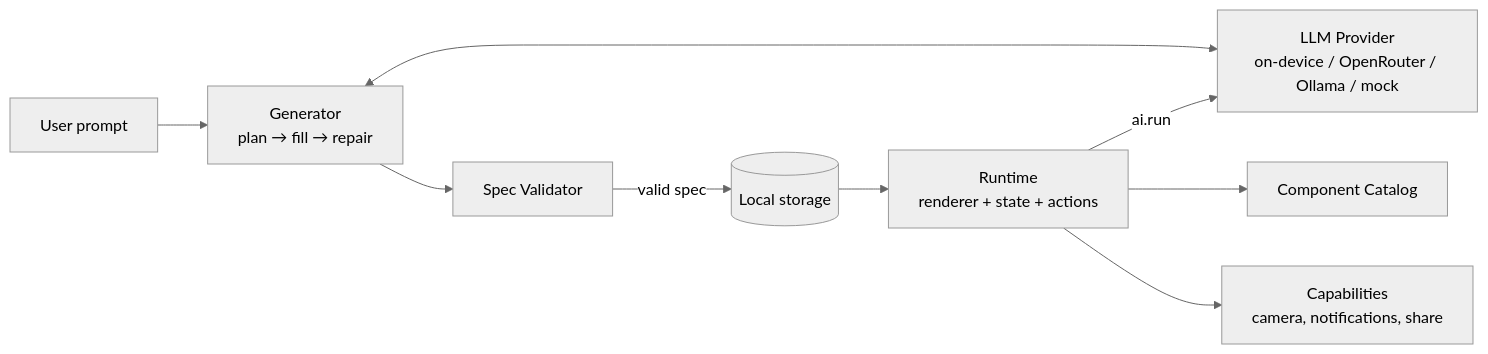
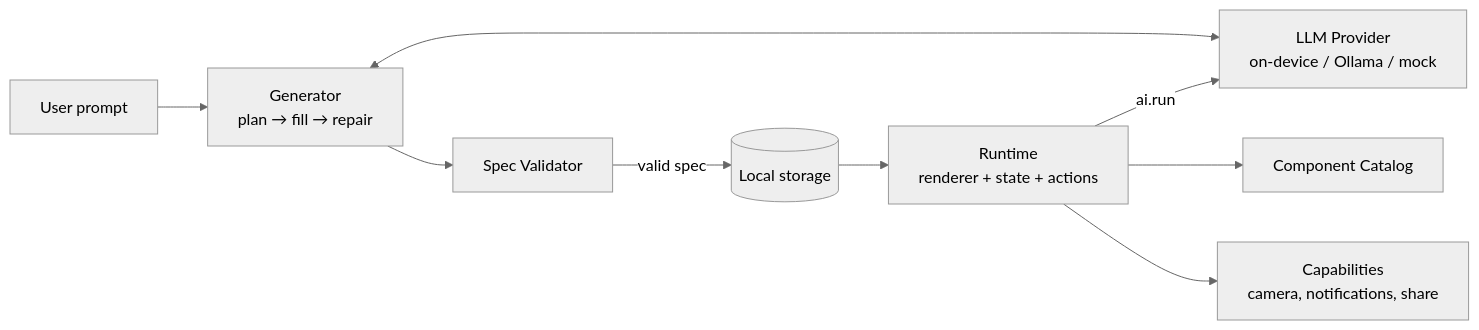
Before and after one commit to ru-das/jackapp: the first of 2 diagrams in docs/ARCHITECTURE.md, drawn with Mermaid (neutral theme). The commit also changed other lines of this file and 25 other files, not shown here.

First line of the commit message:
feat(ai): remove OpenRouter support [T-132]

````diff
--- a/docs/ARCHITECTURE.md
+++ b/docs/ARCHITECTURE.md
@@ -11,11 +11,11 @@
 ```mermaid
 flowchart LR
   U[User prompt] --> G[Generator<br/>plan → fill → repair]
-  G <--> P[LLM Provider<br/>on-device / OpenRouter / Ollama / mock]
+  G <--> P[LLM Provider<br/>on-device / Ollama / mock]
   G --> V[Spec Validator]
   V -->|valid spec| S[(Local storage)]
   S --> R[Runtime<br/>renderer + state + actions]
   R --> C[Component Catalog]
   R -->|ai.run| P
   R --> K[Capabilities<br/>camera, notifications, share]
 ```
````
